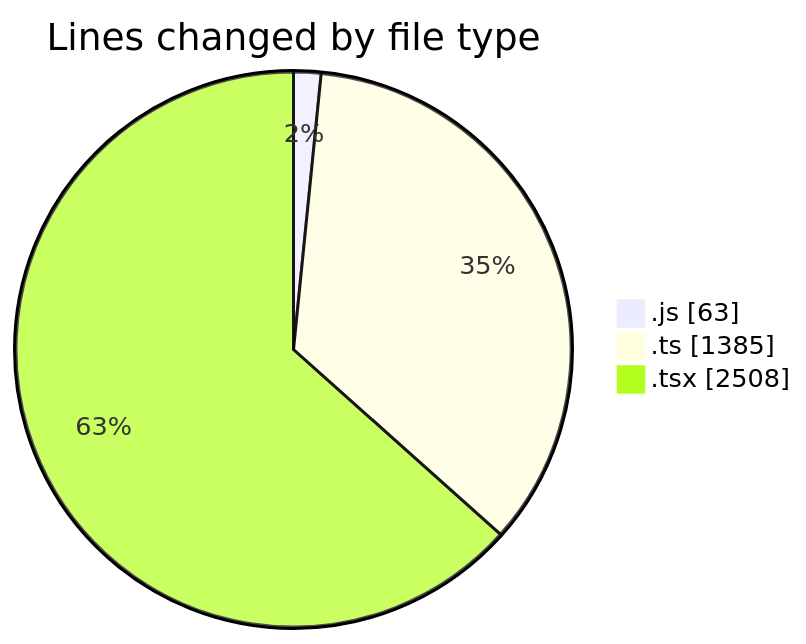
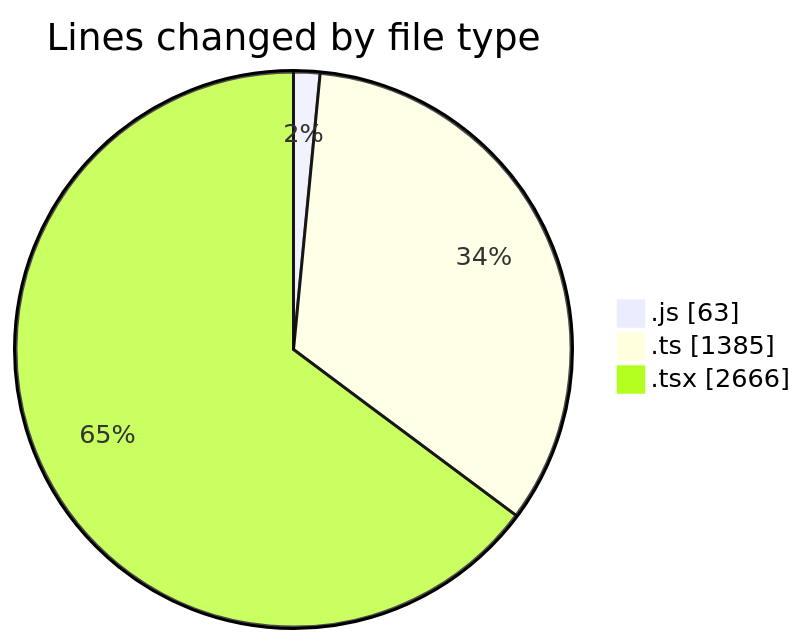
One commit to momahboobian/code-tracking changed the first of 2 diagrams in 2026-08-04/cda/README.md. Above: the diagram before and after it, drawn with Mermaid. The commit also changed other lines of this file and 1 other file, not shown here.

````diff
--- a/2026-08-04/cda/README.md
+++ b/2026-08-04/cda/README.md
@@ -47,7 +47,7 @@
 ```mermaid
 pie showData
 title Lines changed by file type
 ".js" : 63
 ".ts" : 1385
-".tsx" : 2508
+".tsx" : 2666
 ```
````
